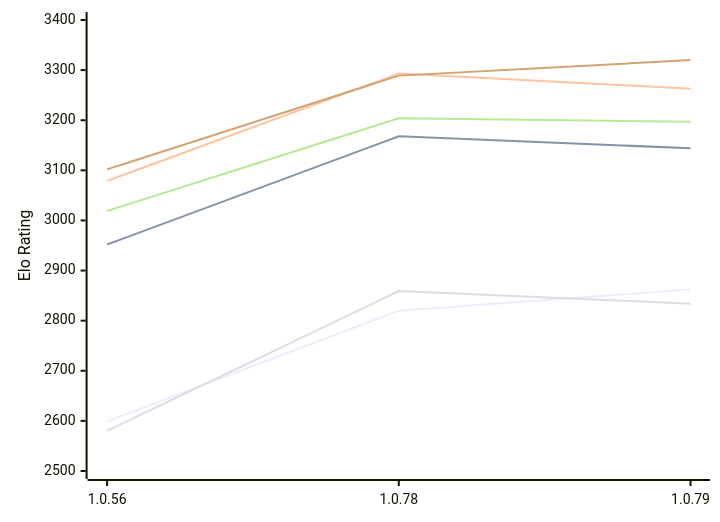
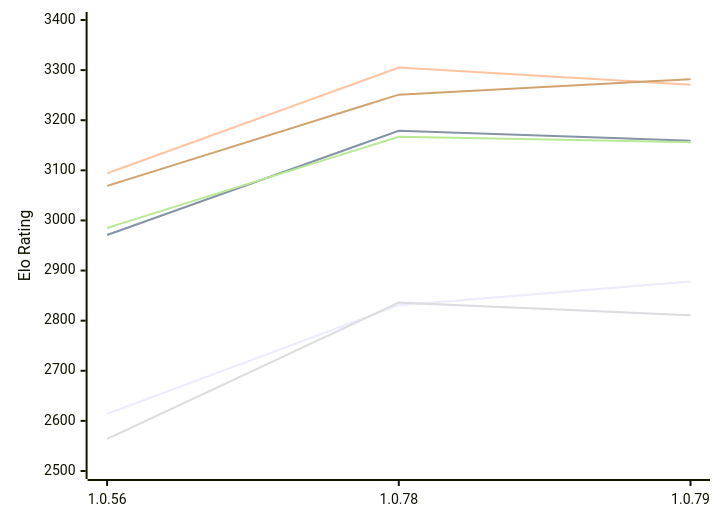
One commit to computer-chess-index/cci changed the first of 2 diagrams in engines/RustyRival.md. Above: the diagram before and after it, drawn with Mermaid. The commit also changed other lines of this file, not shown here.

Commit message:
Update CCI Ratings (ELO VLTC) - 2026-11-14

````diff
--- a/engines/RustyRival.md
+++ b/engines/RustyRival.md
@@ -65,12 +65,12 @@
 ```mermaid
 %%{init: {"theme":"base","themeVariables":{"seriesColors:['#a3a3a3','#222221','#faa371']}}}%%
 xychart-beta
   x-axis ["1.0.56", "1.0.78", "1.0.79"]
   y-axis "Elo Rating" 2500 --> 3400
-  line "E1: STC (8.0+0.08s)" [2599, 2820, 2862]
-  line "E1: LTC (60.0+0.60s)" [2952, 3168, 3144]
-  line "E1: VLTC (2m24s+1.12s)" [3079, 3293, 3263]
-  line "P1: STC (8.0+0.08s)" [2580, 2859, 2834]
-  line "P1: LTC (60.0+0.60s)" [3019, 3204, 3197]
-  line "P1: VLTC (2m24s+1.12s)" [3102, 3289, 3320]
+  line "E1: STC (8.0+0.08s)" [2614, 2831, 2878]
+  line "E1: LTC (60.0+0.60s)" [2971, 3179, 3159]
+  line "E1: VLTC (2m24s+1.12s)" [3094, 3305, 3271]
+  line "P1: STC (8.0+0.08s)" [2564, 2836, 2811]
+  line "P1: LTC (60.0+0.60s)" [2985, 3167, 3156]
+  line "P1: VLTC (2m24s+1.12s)" [3069, 3251, 3282]
 ```
````
